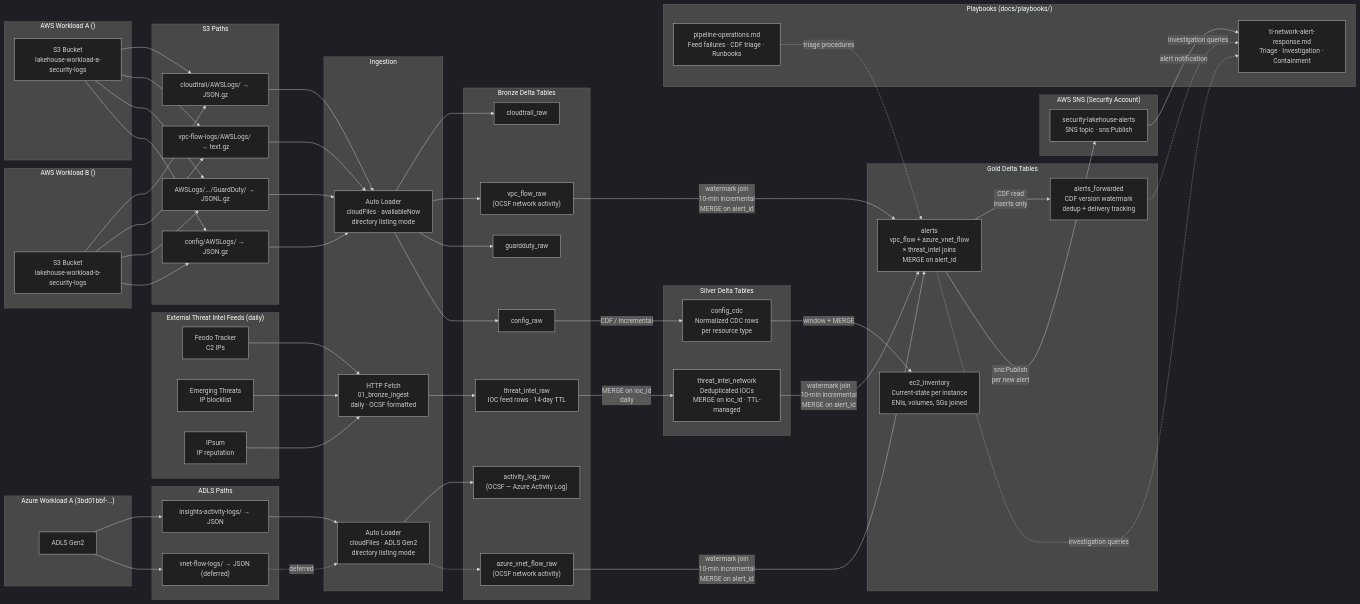
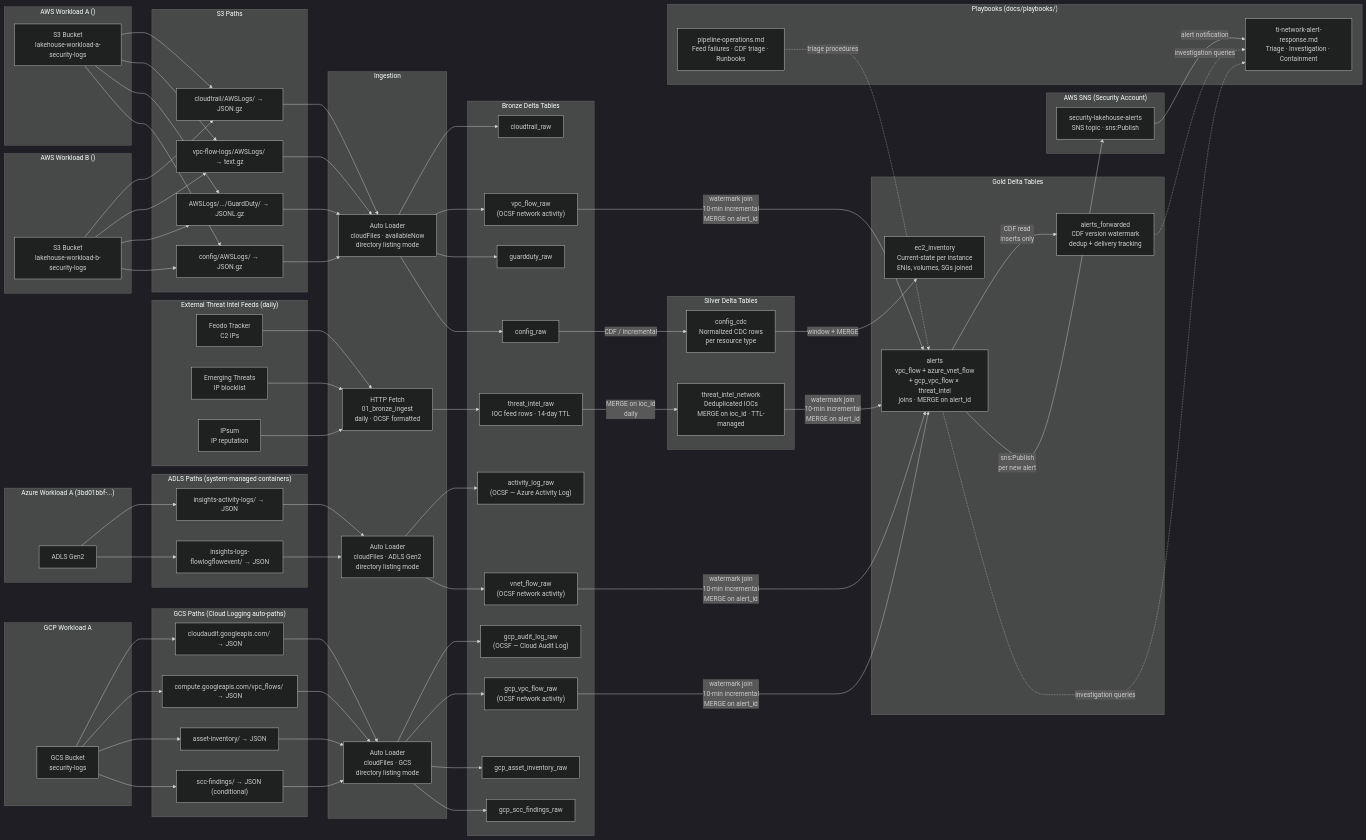
The diagram in diagrams/03_data_flow.mmd (snk5125/security-data-platform), drawn with Mermaid (dark theme) before and after one commit. The commit also changed 68 other files, not shown here.

```diff
--- a/diagrams/03_data_flow.mmd
+++ b/diagrams/03_data_flow.mmd
@@ -1,112 +1,137 @@
 graph LR
     %% ── External threat intel feeds (fetched daily by HTTP) ──────────────────
     subgraph TI_FEEDS ["External Threat Intel Feeds (daily)"]
         FEODO["Feodo Tracker<br/>C2 IPs"]
         ET["Emerging Threats<br/>IP blocklist"]
         IPSUM["IPsum<br/>IP reputation"]
     end
 
     %% ── Workload account S3 log buckets ──────────────────────────────────────
     subgraph "AWS Workload A (<WORKLOAD_A_ACCOUNT_ID>)"
         S3A["S3 Bucket<br/>lakehouse-workload-a-security-logs"]
     end
 
     subgraph "AWS Workload B (<WORKLOAD_B_ACCOUNT_ID>)"
         S3B["S3 Bucket<br/>lakehouse-workload-b-security-logs"]
     end
 
     %% ── Azure workload ADLS storage ──────────────────────────────────────────
     subgraph "Azure Workload A (3bd01bbf-...)"
         ADLSA["ADLS Gen2<br/><AZURE_LOGS_STORAGE_ACCOUNT>"]
     end
 
+    %% ── GCP workload GCS storage ───────────────────────────────────────────
+    subgraph "GCP Workload A"
+        GCSA["GCS Bucket<br/>security-logs"]
+    end
+
     %% ── Ingestion layer ──────────────────────────────────────────────────────
     subgraph INGEST ["Ingestion"]
         AL["Auto Loader<br/>cloudFiles · availableNow<br/>directory listing mode"]
         ALAZ["Auto Loader<br/>cloudFiles · ADLS Gen2<br/>directory listing mode"]
+        ALGCP["Auto Loader<br/>cloudFiles · GCS<br/>directory listing mode"]
         TI_FETCH["HTTP Fetch<br/>01_bronze_ingest<br/>daily · OCSF formatted"]
     end
 
     %% ── Bronze Delta tables (raw, append-only) ───────────────────────────────
     subgraph "Bronze Delta Tables"
         CT["cloudtrail_raw"]
         VF["vpc_flow_raw<br/>(OCSF network activity)"]
         GD["guardduty_raw"]
         CF["config_raw"]
         AZACT["activity_log_raw<br/>(OCSF — Azure Activity Log)"]
-        AZVF["azure_vnet_flow_raw<br/>(OCSF network activity)"]
+        AZVF["vnet_flow_raw<br/>(OCSF network activity)"]
+        GCPAUDITRAW["gcp_audit_log_raw<br/>(OCSF — Cloud Audit Log)"]
+        GCPFLOWRAW["gcp_vpc_flow_raw<br/>(OCSF network activity)"]
+        GCPASSETRAW["gcp_asset_inventory_raw"]
+        GCPSCCRAW["gcp_scc_findings_raw"]
         TIR["threat_intel_raw<br/>IOC feed rows · 14-day TTL"]
     end
 
     %% ── Silver Delta tables (normalized, deduplicated) ───────────────────────
     subgraph "Silver Delta Tables"
         CDC["config_cdc<br/>Normalized CDC rows<br/>per resource type"]
         TIN["threat_intel_network<br/>Deduplicated IOCs<br/>MERGE on ioc_id · TTL-managed"]
     end
 
     %% ── Gold Delta tables (correlated detections + inventory) ────────────────
     subgraph "Gold Delta Tables"
         EC2["ec2_inventory<br/>Current-state per instance<br/>ENIs, volumes, SGs joined"]
-        ALERTS["alerts<br/>vpc_flow + azure_vnet_flow<br/>× threat_intel joins<br/>MERGE on alert_id"]
+        ALERTS["alerts<br/>vpc_flow + azure_vnet_flow<br/>+ gcp_vpc_flow × threat_intel<br/>joins · MERGE on alert_id"]
         AFWD["alerts_forwarded<br/>CDF version watermark<br/>dedup + delivery tracking"]
     end
 
     %% ── AWS SNS output ───────────────────────────────────────────────────────
     subgraph "AWS SNS (Security Account)"
         SNS["security-lakehouse-alerts<br/>SNS topic · sns:Publish"]
     end
 
     %% ── S3 log path labels ───────────────────────────────────────────────────
     subgraph "S3 Paths"
         P1["cloudtrail/AWSLogs/ → JSON.gz"]
         P2["vpc-flow-logs/AWSLogs/ → text.gz"]
         P3["AWSLogs/.../GuardDuty/ → JSONL.gz"]
         P4["config/AWSLogs/ → JSON.gz"]
     end
 
     %% ── ADLS log path labels ────────────────────────────────────────────────
-    subgraph "ADLS Paths"
+    subgraph "ADLS Paths (system-managed containers)"
         PA1["insights-activity-logs/ → JSON"]
-        PA2["vnet-flow-logs/ → JSON (deferred)"]
+        PA2["insights-logs-flowlogflowevent/ → JSON"]
+    end
+
+    %% ── GCS log path labels ──────────────────────────────────────────────
+    subgraph "GCS Paths (Cloud Logging auto-paths)"
+        PG1["cloudaudit.googleapis.com/ → JSON"]
+        PG2["compute.googleapis.com/vpc_flows/ → JSON"]
+        PG3["asset-inventory/ → JSON"]
+        PG4["scc-findings/ → JSON (conditional)"]
     end
 
     %% ── Edges: workload S3 → Auto Loader → bronze ───────────────────────────
     S3A --> P1 & P2 & P3 & P4
     S3B --> P1 & P2 & P3 & P4
     P1 --> AL --> CT
     P2 --> AL --> VF
     P3 --> AL --> GD
     P4 --> AL --> CF
 
     %% ── Edges: Azure ADLS → Auto Loader → bronze ────────────────────────────
     ADLSA --> PA1 & PA2
     PA1 --> ALAZ --> AZACT
-    PA2 -.->|"deferred"| ALAZ -.-> AZVF
+    PA2 --> ALAZ --> AZVF
+
+    %% ── Edges: GCP GCS → Auto Loader → bronze ─────────────────────────────
+    GCSA --> PG1 & PG2 & PG3 & PG4
+    PG1 --> ALGCP --> GCPAUDITRAW
+    PG2 --> ALGCP --> GCPFLOWRAW
+    PG3 --> ALGCP --> GCPASSETRAW
+    PG4 --> ALGCP --> GCPSCCRAW
 
     %% ── Edges: TI feeds → bronze ─────────────────────────────────────────────
     FEODO & ET & IPSUM --> TI_FETCH --> TIR
 
     %% ── Edges: bronze → silver (Config CDC pipeline, daily) ─────────────────
     CF -->|"CDF / incremental"| CDC
     CDC -->|"window + MERGE"| EC2
 
     %% ── Edges: bronze → silver (TI pipeline, daily MERGE on ioc_id) ─────────
     TIR -->|"MERGE on ioc_id<br/>daily"| TIN
 
     %% ── Edges: silver + bronze → gold (flow ingest, every 10 min) ───────────
-    VF & AZVF & TIN -->|"watermark join<br/>10-min incremental<br/>MERGE on alert_id"| ALERTS
+    VF & AZVF & GCPFLOWRAW & TIN -->|"watermark join<br/>10-min incremental<br/>MERGE on alert_id"| ALERTS
 
     %% ── Playbooks ────────────────────────────────────────────────────────────
     subgraph PLAYBOOKS ["Playbooks (docs/playbooks/)"]
         PB1["ti-network-alert-response.md<br/>Triage · Investigation · Containment"]
         PB2["pipeline-operations.md<br/>Feed failures · CDF triage · Runbooks"]
     end
 
     %% ── Edges: gold → forwarding (CDF-based, every 10 min) ──────────────────
     ALERTS -->|"CDF read<br/>inserts only"| AFWD
     ALERTS -->|"sns:Publish<br/>per new alert"| SNS
 
     %% ── Edges: SNS → analyst (playbook-guided response) ─────────────────────
     SNS -->|"alert notification"| PB1
     ALERTS & AFWD -.->|"investigation queries"| PB1
     PB2 -.->|"triage procedures"| ALERTS
```
